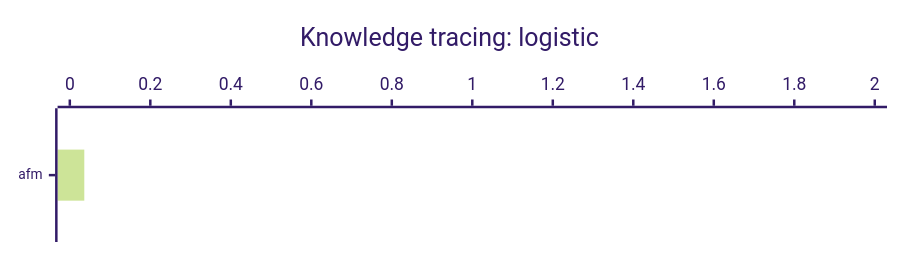
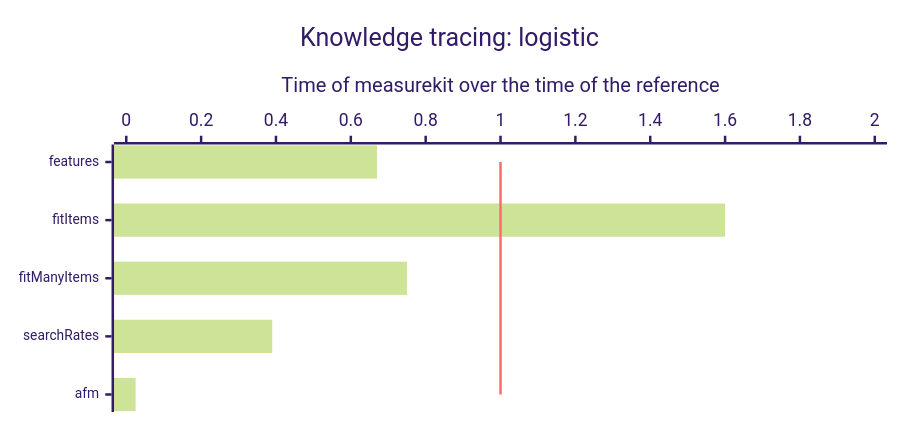
Diagram 11 of 12 in docs/performance.md (measurekit/measurekit), drawn with Mermaid (forest theme) before and after one commit. The commit also changed other lines of this file and 2 other files, not shown here.

````diff
--- a/docs/performance.md
+++ b/docs/performance.md
@@ -103,9 +113,9 @@
 ```mermaid
-%%{init: {"xyChart": {"height": 184, "xAxis": {"labelFontSize": 11}}}}%%
+%%{init: {"xyChart": {"height": 320, "xAxis": {"labelFontSize": 11}}}}%%
 xychart-beta horizontal
   title "Knowledge tracing: logistic"
-  x-axis ["afm"]
+  x-axis ["features", "fitItems", "fitManyItems", "searchRates", "afm"]
   y-axis "Time of measurekit over the time of the reference" 0 --> 2
-  bar [0.036]
-  line [1]
+  bar [0.67, 1.6, 0.75, 0.39, 0.025]
+  line [1, 1, 1, 1, 1]
 ```
````
